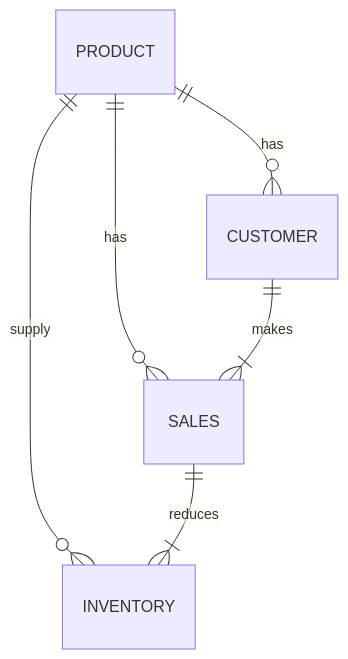
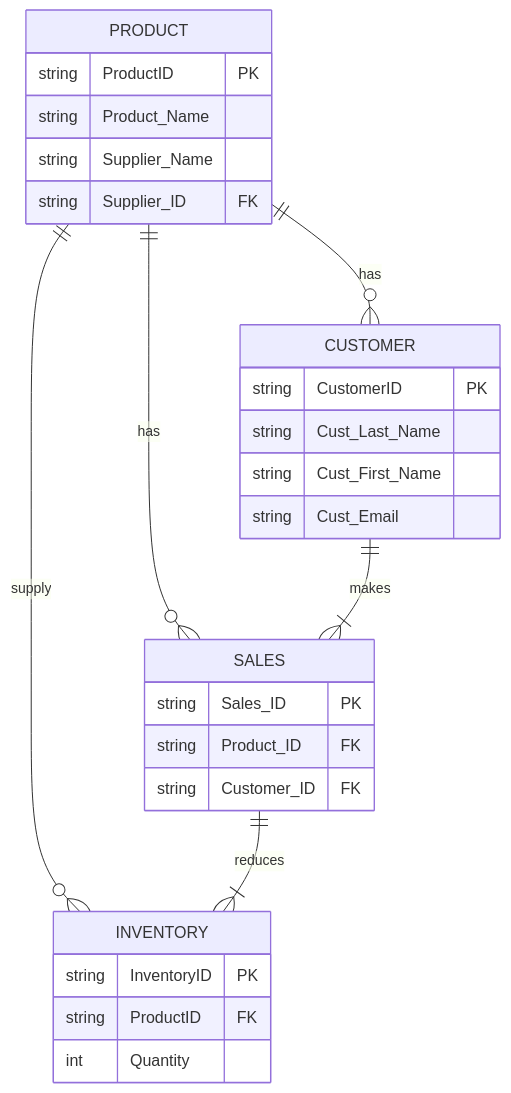
One commit to odiedock/ERD_Nike changed the diagram in NikeStore_ERD.md. Above: the diagram before and after it, drawn with Mermaid.

Commit message:
Update NikeStore_ERD.md
Added attributes with Primary Keys and Foreign Keys

````diff
--- a/NikeStore_ERD.md
+++ b/NikeStore_ERD.md
@@ -1,8 +1,25 @@
 ```mermaid
-erDiagram 
-    PRODUCT ||--o{ CUSTOMER : has
+erDiagram
+PRODUCT ||--o{ CUSTOMER : has
+PRODUCT{string ProductID PK
+        string Product_Name
+        string Supplier_Name
+        string Supplier_ID FK
+    }   
+    INVENTORY{string InventoryID PK
+              string ProductID FK
+              int Quantity}
     PRODUCT ||--o{ SALES:  has
     PRODUCT ||--o{ INVENTORY: supply
     CUSTOMER ||--|{ SALES : makes
-    SALES ||--|{INVENTORY: reduces
+    CUSTOMER{string CustomerID PK
+            string Cust_Last_Name
+            string Cust_First_Name
+            string Cust_Email}
+    
+    SALES ||--|{INVENTORY: reduces 
+    SALES{  string Sales_ID PK
+            string Product_ID FK
+            string Customer_ID FK}
+   
 ```
````
